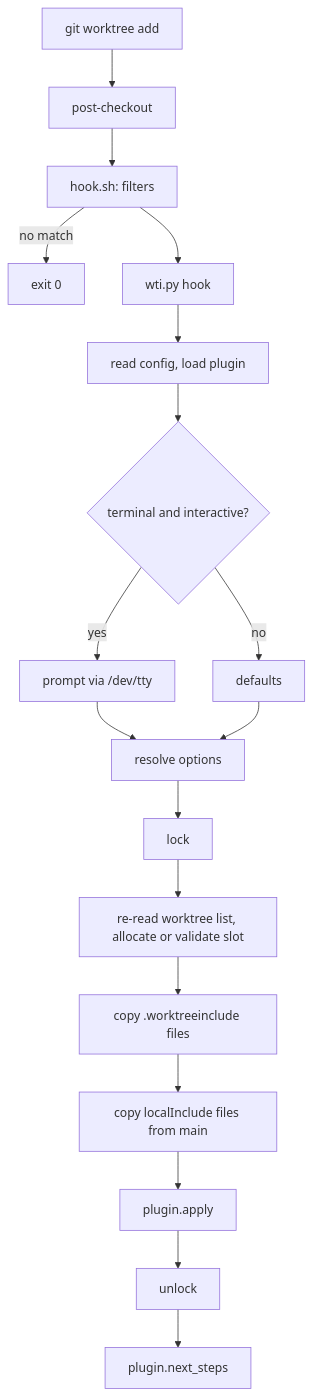
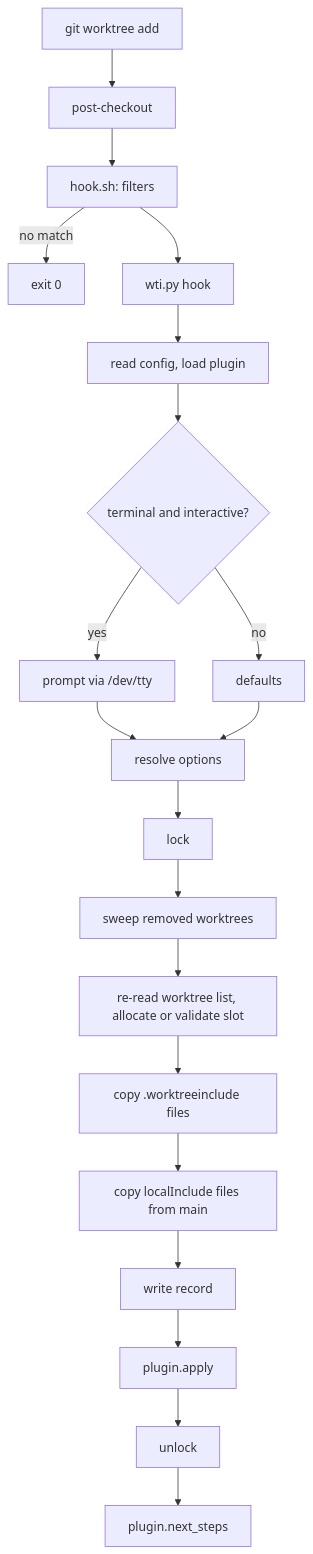
One commit to V1ncNet/git-worktree-init changed the diagram in docs/architecture.md. Above: the diagram before and after it, drawn with Mermaid. The commit also changed other lines of this file and 11 other files, not shown here.

First line of the commit message:
Tear down removed worktrees through plugin hook

````diff
--- a/docs/architecture.md
+++ b/docs/architecture.md
@@ -5,20 +5,22 @@
 ```mermaid
 flowchart TD
     A[git worktree add] --> B[post-checkout]
     B --> C[hook.sh: filters]
     C -->|no match| Z[exit 0]
     C --> D[wti.py hook]
     D --> E[read config, load plugin]
     E --> F{terminal and interactive?}
     F -->|yes| G[prompt via /dev/tty]
     F -->|no| H[defaults]
     G --> I[resolve options]
     H --> I
     I --> J[lock]
-    J --> K[re-read worktree list, allocate or validate slot]
+    J --> J2[sweep removed worktrees]
+    J2 --> K[re-read worktree list, allocate or validate slot]
     K --> L[copy .worktreeinclude files]
     L --> L2[copy localInclude files from main]
-    L2 --> M[plugin.apply]
+    L2 --> L3[write record]
+    L3 --> M[plugin.apply]
     M --> N[unlock]
     N --> O[plugin.next_steps]
 ```
````
